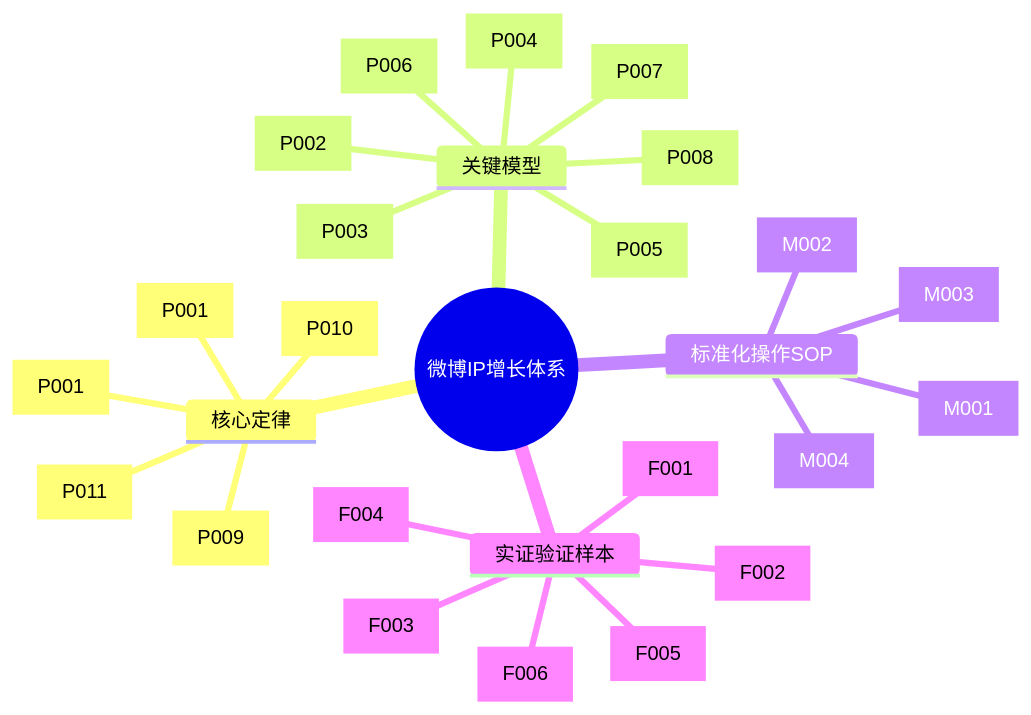
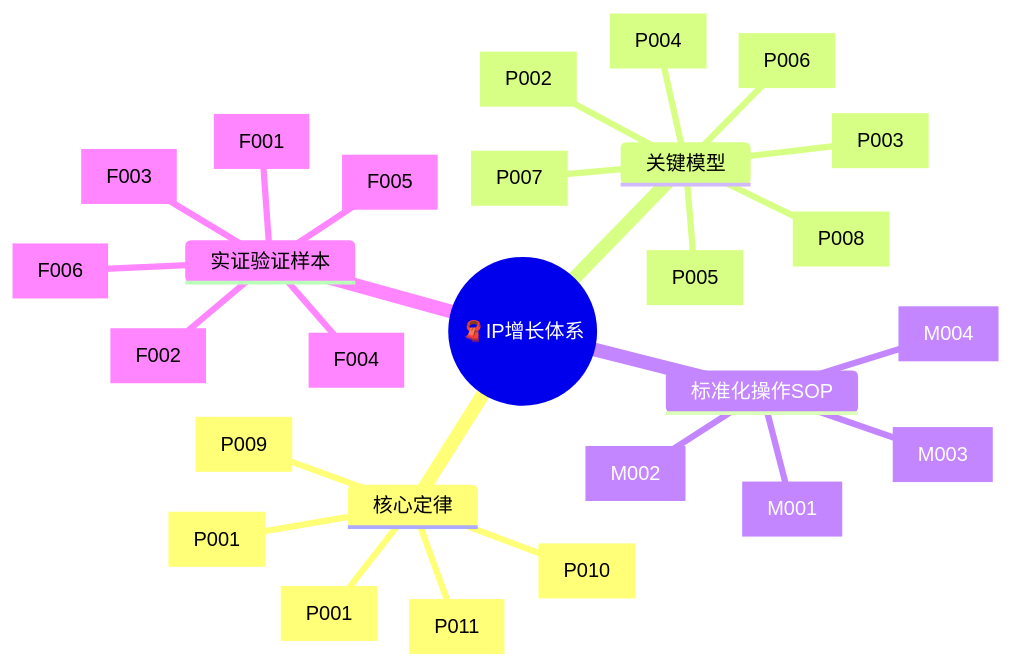
The first of 14 diagrams in docs/202305_paper2textbook/asset/body_fix_bd60b96b23fd84f6a99de02a97b826c5_fc5cf144a57d281b23533efc73def64c_c825a4476bcde4b7ca0bf8087d9f91e2_d6320f2097a3a9c86a9158ae4419c9a5.md (OpenDocCN1/flygon-zhuanqian-zhoubao), drawn with Mermaid before and after one commit. The commit also changed other lines of this file and 6688 other files, not shown here.

````diff
--- a/docs/202305_paper2textbook/asset/body_fix_bd60b96b23fd84f6a99de02a97b826c5_fc5cf144a57d281b23533efc73def64c_c825a4476bcde4b7ca0bf8087d9f91e2_d6320f2097a3a9c86a9158ae4419c9a5.md
+++ b/docs/202305_paper2textbook/asset/body_fix_bd60b96b23fd84f6a99de02a97b826c5_fc5cf144a57d281b23533efc73def64c_c825a4476bcde4b7ca0bf8087d9f91e2_d6320f2097a3a9c86a9158ae4419c9a5.md
@@ -25,30 +25,30 @@
 ```mermaid
 mindmap
-  root((微博IP增长体系))
+  root((🧣IP增长体系))
     核心定律
-      微博冷启动依赖外部强分发定律[P001]
+      🧣冷启动依赖外部强分发定律[P001]
       大V转发边际递减定律[P001]
       社交关系价值对等公理[P009]
       热点流量转化门槛论[P010]
       粉丝质量决定变现上限铁律[P011]
     关键模型
       内容-受众匹配度[P002]
       弱连接价值置换[P003]
       账号识别系统[P004]
       小V复利效应[P005]
       热点内容复用资产[P006]
       官方运营对接协议[P007]
       联合抽奖粉丝质量控制模型[P008]
     标准化操作SOP
       大V破冰六步法[M001]
       追热点选题与创作法[M002]
       官方运营对接协议执行清单[M003]
       联合抽奖决策三步法[M004]
     实证验证样本
       个人账号增长曲线验证[F001]
       大V转发实战转化数据样本[F002]
       小V成长引荐大V链式反应[F003]
       联合抽奖粉丝质量对比实验[F004]
       官方运营扶持规则实测[F005]
-      微博广告推广真实性存疑[F006]
+      🧣广告推广真实性存疑[F006]
 ```
````
